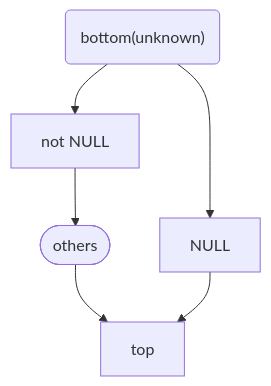
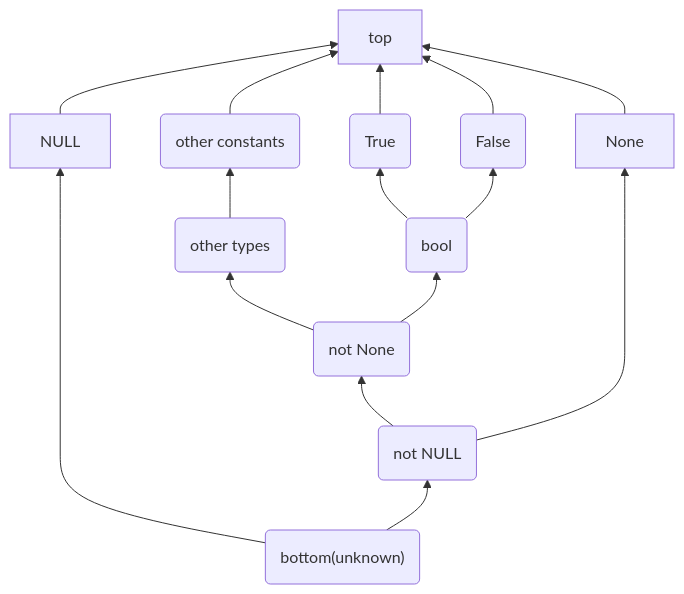
The second of 2 diagrams in 3.13/redundancy_eliminator.md (faster-cpython/ideas), drawn with Mermaid before and after one commit. The commit also changed other lines of this file, not shown here.

Commit message:
paste Mark's diagram in

````diff
--- a/3.13/redundancy_eliminator.md
+++ b/3.13/redundancy_eliminator.md
@@ -73,13 +73,25 @@
 ```mermaid
-graph TD;
-    nn["not NULL"];
-    b("bottom(unknown)")
-    others(["others"])
-    NULL["NULL"]
+graph BT;
+    t("True");
+    f("False");
+    bl("bool");
+    nnull(not NULL);
+    nnone(not None);
+    ot(other types);
+    oc(other constants);
+    b("bottom(unknown)");
     b-->NULL;
-    b-->nn;
-    nn-->others;
-    others-->top;
+    b-->nnull;
+    nnull-->nnone;
+    nnull-->None;
+    nnone-->ot;
+    nnone-->bl;
+    ot-->oc;
+    oc-->top;
+    None-->top;
     NULL-->top;
-
+    bl-->t;
+    bl-->f;
+    t-->top;
+    f-->top;
 ```
````
